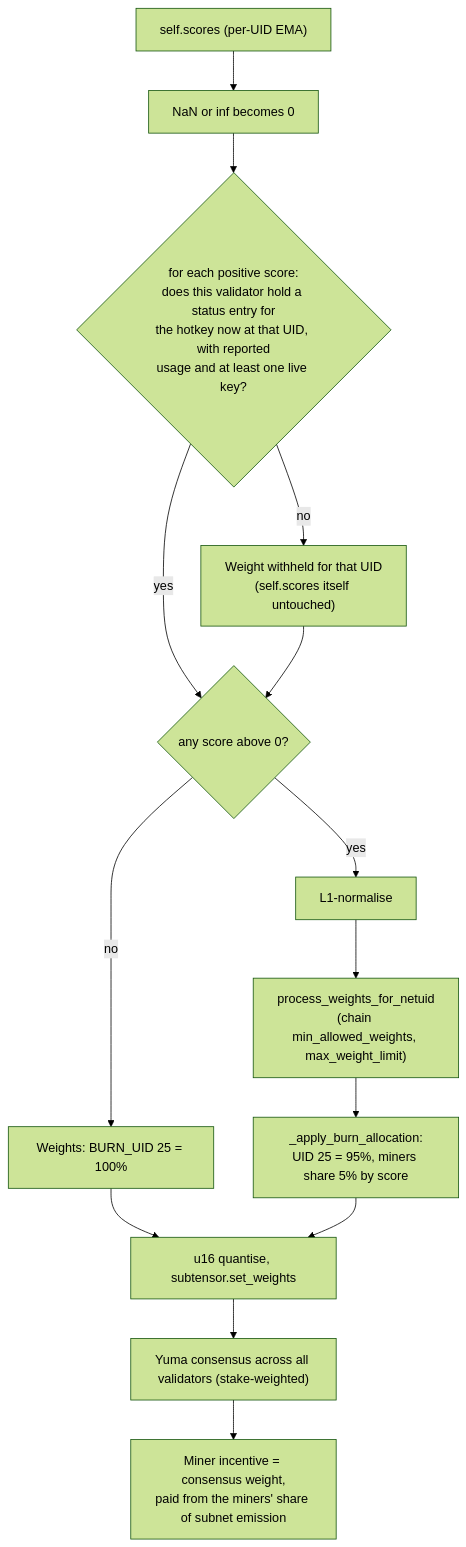
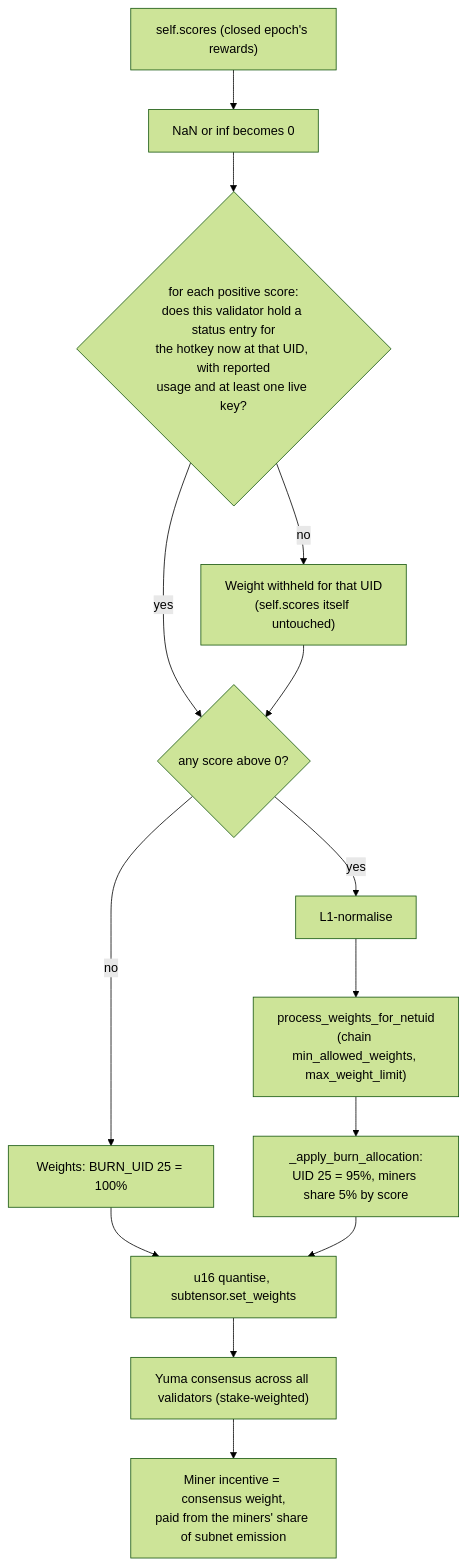
One commit to taostatus/taostatus-subnet changed the sixth of 6 diagrams in docs/scoring.md. Above: the diagram before and after it, drawn with Mermaid (forest theme). The commit also changed other lines of this file and 11 other files, not shown here.

````diff
--- a/docs/scoring.md
+++ b/docs/scoring.md
@@ -212,16 +228,16 @@
 ```mermaid
 flowchart TD
-    SC["self.scores (per-UID EMA)"] --> NAN["NaN or inf becomes 0"]
+    SC["self.scores (closed epoch's rewards)"] --> NAN["NaN or inf becomes 0"]
     NAN --> EV{"for each positive score:<br/>does this validator hold a status entry for<br/>the hotkey now at that UID, with reported<br/>usage and at least one live key?"}
     EV -- no --> MASK["Weight withheld for that UID<br/>(self.scores itself untouched)"]
     EV -- yes --> ANY
     MASK --> ANY{"any score above 0?"}
     ANY -- no --> ALL["Weights: BURN_UID 25 = 100%"]
     ANY -- yes --> L1["L1-normalise"]
     L1 --> PW["process_weights_for_netuid<br/>(chain min_allowed_weights, max_weight_limit)"]
     PW --> BURN["_apply_burn_allocation:<br/>UID 25 = 95%, miners share 5% by score"]
     ALL --> EMIT["u16 quantise, subtensor.set_weights"]
     BURN --> EMIT
     EMIT --> YC["Yuma consensus across all validators (stake-weighted)"]
     YC --> INC["Miner incentive = consensus weight,<br/>paid from the miners' share of subnet emission"]
 ```
````
